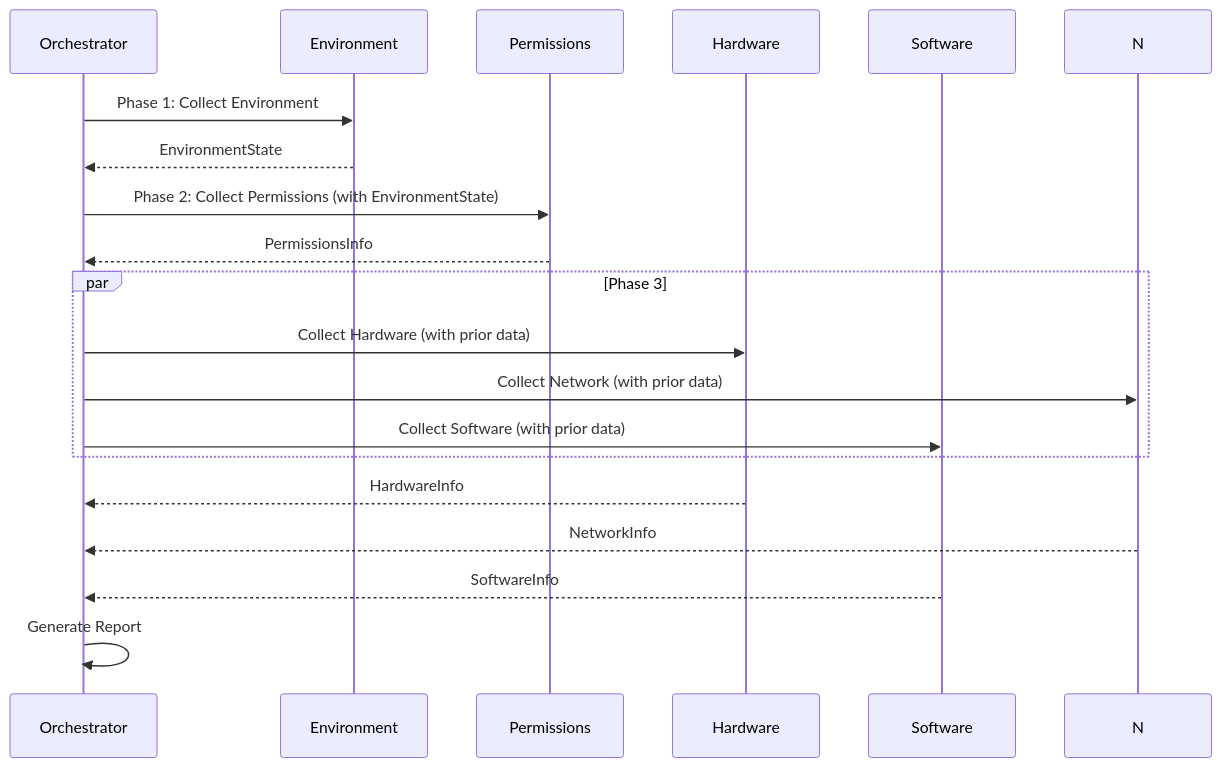
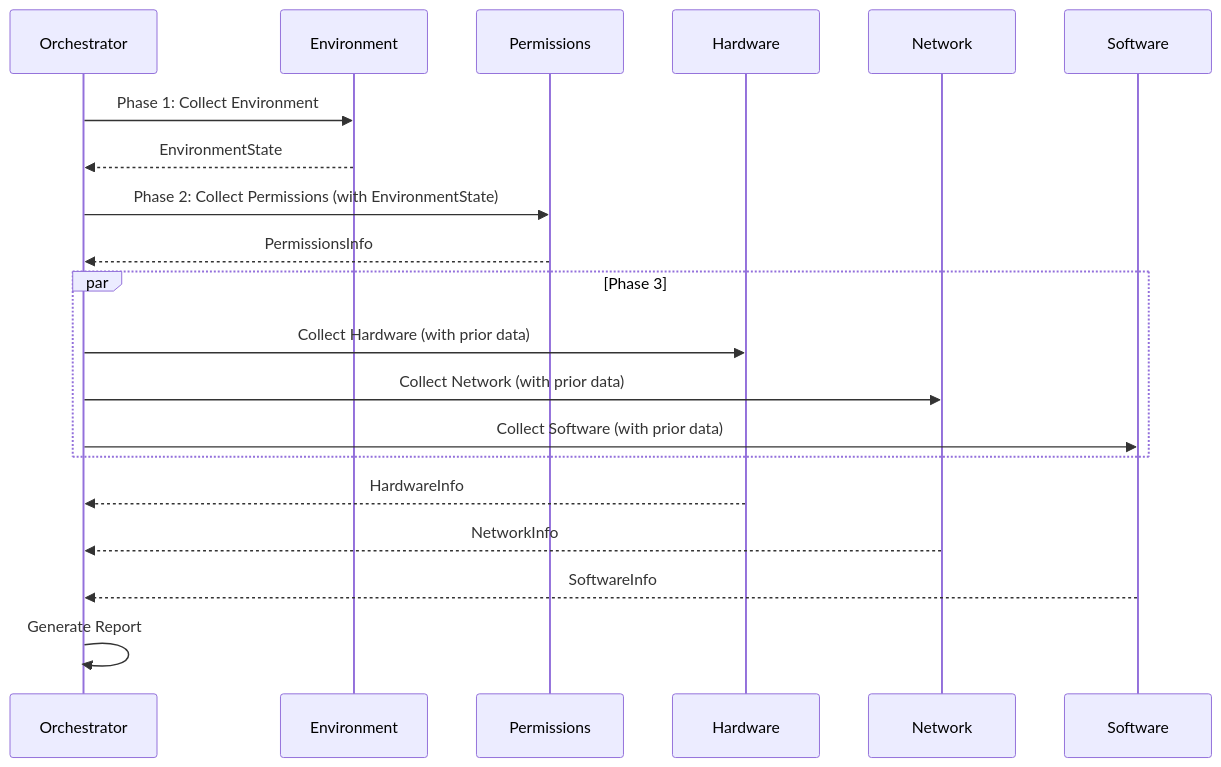
The diagram in docs/guide/overview.md (nullroute-commits/ultimate_info_gather), drawn with Mermaid before and after one commit. The commit also changed 6 other files, not shown here.

````diff
--- a/docs/guide/overview.md
+++ b/docs/guide/overview.md
@@ -16,22 +16,23 @@
 ```mermaid
 sequenceDiagram
     participant O as Orchestrator
     participant E as Environment
     participant P as Permissions
     participant H as Hardware
+    participant N as Network
     participant S as Software
     
     O->>E: Phase 1: Collect Environment
     E-->>O: EnvironmentState
     O->>P: Phase 2: Collect Permissions (with EnvironmentState)
     P-->>O: PermissionsInfo
     par Phase 3
         O->>H: Collect Hardware (with prior data)
         O->>N: Collect Network (with prior data)
         O->>S: Collect Software (with prior data)
     end
     H-->>O: HardwareInfo
     N-->>O: NetworkInfo
     S-->>O: SoftwareInfo
     O->>O: Generate Report
 ```
````
